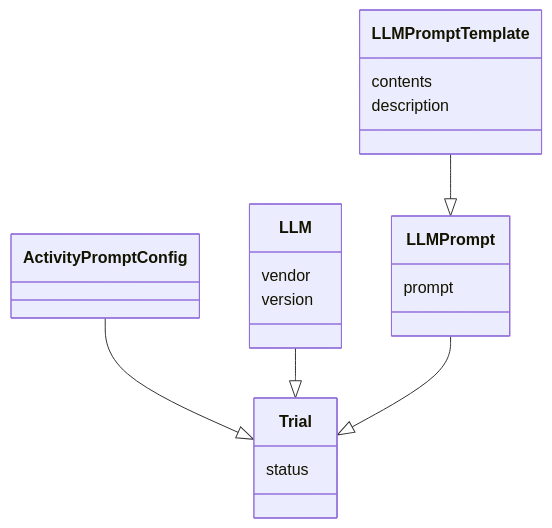
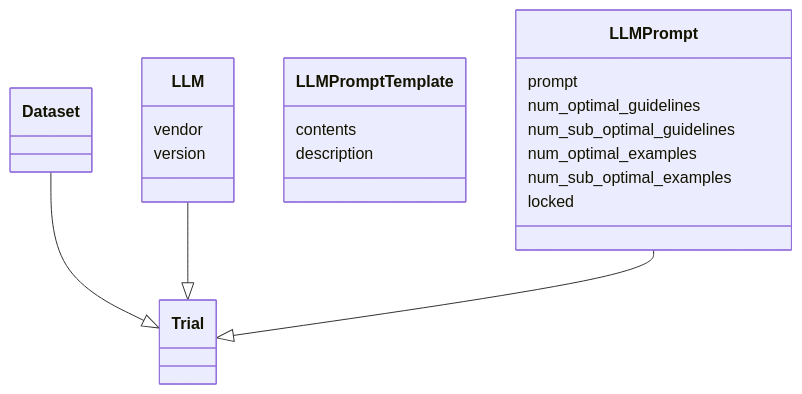
One commit to empirical-org/Empirical-Core changed the second of 4 diagrams in services/QuillLMS/engines/evidence/app/models/evidence/research/readme.md. Above: the diagram before and after it, drawn with Mermaid. The commit also changed other lines of this file and 86 other files, not shown here.

````diff
--- a/services/QuillLMS/engines/evidence/app/models/evidence/research/readme.md
+++ b/services/QuillLMS/engines/evidence/app/models/evidence/research/readme.md
@@ -33,24 +46,23 @@
 ```mermaid
 classDiagram
     class LLM {
          vendor
          version
     }
     class LLMPrompt {
          prompt
+         num_optimal_guidelines
+         num_sub_optimal_guidelines
+         num_optimal_examples
+         num_sub_optimal_examples
+         locked
     }
     class LLMPromptTemplate {
          contents
          description
     }
-    class ActivityPromptConfig {
-    }
-    class Trial {
-         status
-    }
 
-    ActivityPromptConfig --|> Trial
+    Dataset --|> Trial
     LLM --|> Trial
-    LLMPromptTemplate --|> LLMPrompt
     LLMPrompt --|> Trial
 ```
````
